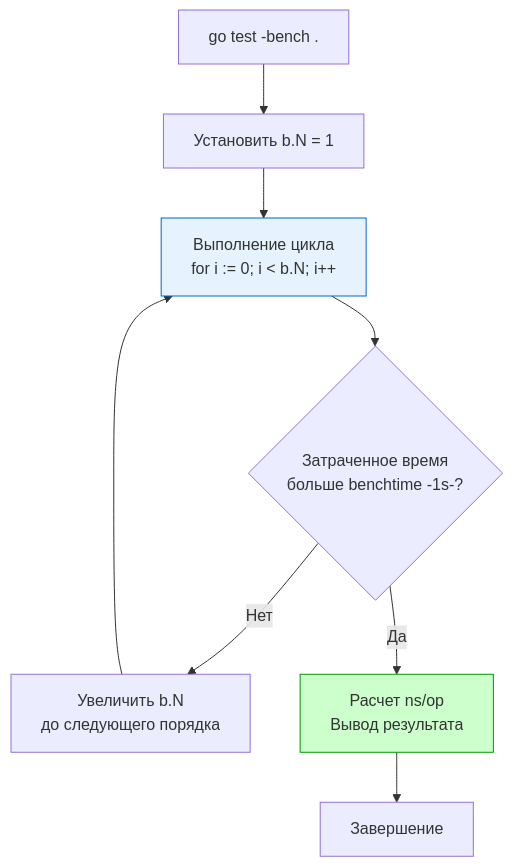
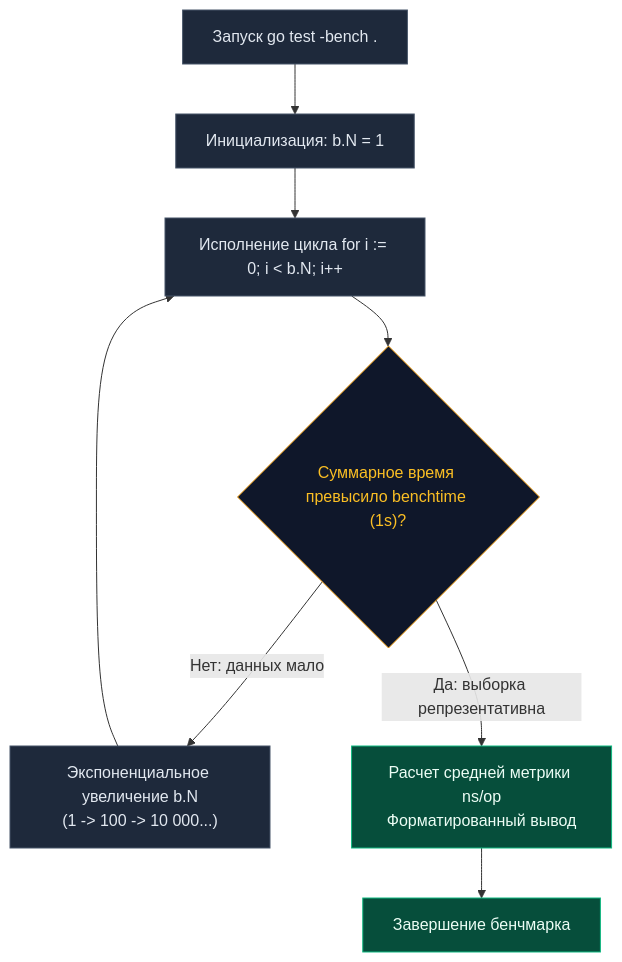
One commit to UnrealTemplier/go-textbook changed the diagram in sources/15. Тестирование в Go (QA & Testing)/02. testing пакет/10. Benchmark тесты.md. Above: the diagram before and after it, drawn with Mermaid. The commit also changed other lines of this file, not shown here.

````diff
--- a/sources/15. Тестирование в Go (QA & Testing)/02. testing пакет/10. Benchmark тесты.md
+++ b/sources/15. Тестирование в Go (QA & Testing)/02. testing пакет/10. Benchmark тесты.md
@@ -55,15 +56,20 @@
 ```mermaid
 flowchart TD
-    Start["go test -bench ."] --> Init["Установить b.N = 1"]
-    Init --> Run["Выполнение цикла<br>for i := 0; i < b.N; i++"]
-    Run --> Check{"Затраченное время<br>больше benchtime -1s-?"}
+    Start["Запуск go test -bench ."] --> Init["Инициализация: b.N = 1"]
+    Init --> Run["Исполнение цикла for i := 0; i < b.N; i++"]
+    Run --> Check{"Суммарное время превысило benchtime (1s)?"}
     
-    Check -->|"Нет"| Scale["Увеличить b.N<br>до следующего порядка"]
+    Check -->|"Нет: данных мало"| Scale["Экспоненциальное увеличение b.N<br/>(1 -> 100 -> 10 000...)"]
     Scale --> Run
     
-    Check -->|"Да"| Calc["Расчет ns/op<br>Вывод результата"]
-    Calc --> End["Завершение"]
-    
-    style Run fill:#e6f3ff,stroke:#0066cc
-    style Calc fill:#ccffcc,stroke:#009900
+    Check -->|"Да: выборка репрезентативна"| Calc["Расчет средней метрики ns/op<br/>Форматированный вывод"]
+    Calc --> End["Завершение бенчмарка"]
+
+    classDef proc fill:#1e293b,stroke:#475569,stroke-width:1px,color:#e2e8f0;
+    classDef check fill:#0f172a,stroke:#f59e0b,stroke-width:1px,color:#fbbf24;
+    classDef finish fill:#064e3b,stroke:#10b981,stroke-width:1px,color:#ecfdf5;
+
+    class Start,Init,Run,Scale proc;
+    class Check check;
+    class Calc,End finish;
 ```
````
